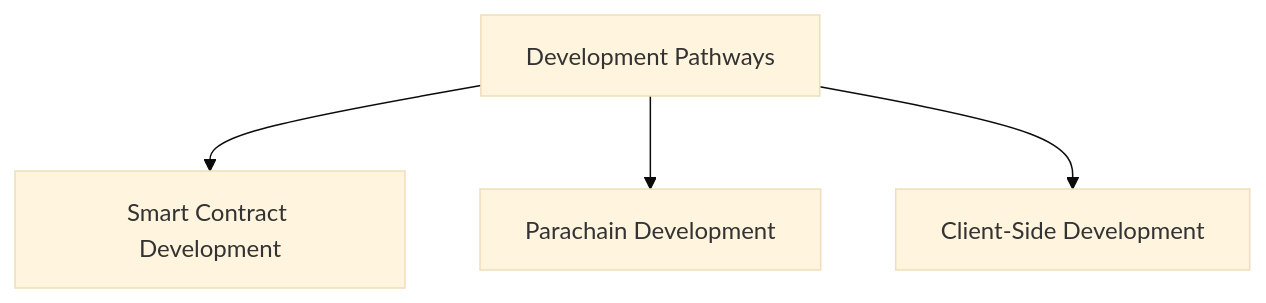
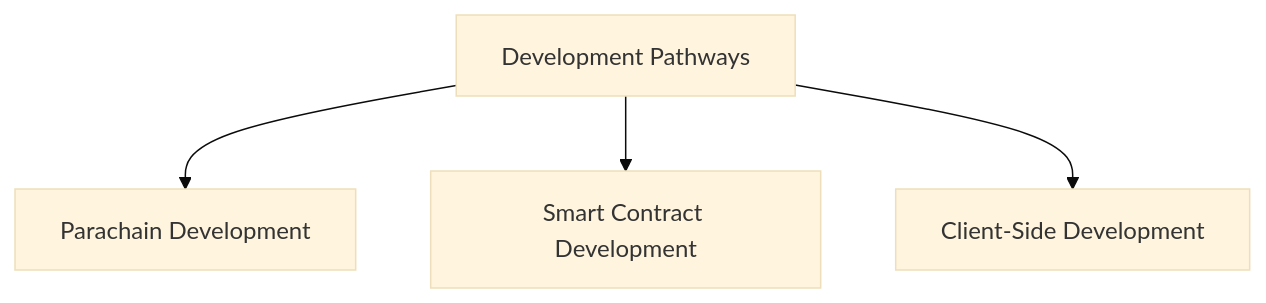
Before and after one commit to polkadot-developers/polkadot-docs: the diagram in develop/development-pathways.md, drawn with Mermaid (base theme). The commit also changed 1 other file, not shown here.

Commit message:
removes "crosschain" as a dev pathway from develop/index.md

````diff
--- a/develop/development-pathways.md
+++ b/develop/development-pathways.md
@@ -15,7 +15,7 @@
 ```mermaid
 graph TD
     A[Development Pathways]
-    A --> B[Smart Contract Development]
-    A --> C[Parachain Development]
+    A --> B[Parachain Development]
+    A --> C[Smart Contract Development]
     A --> D[Client-Side Development]
 ```
````
